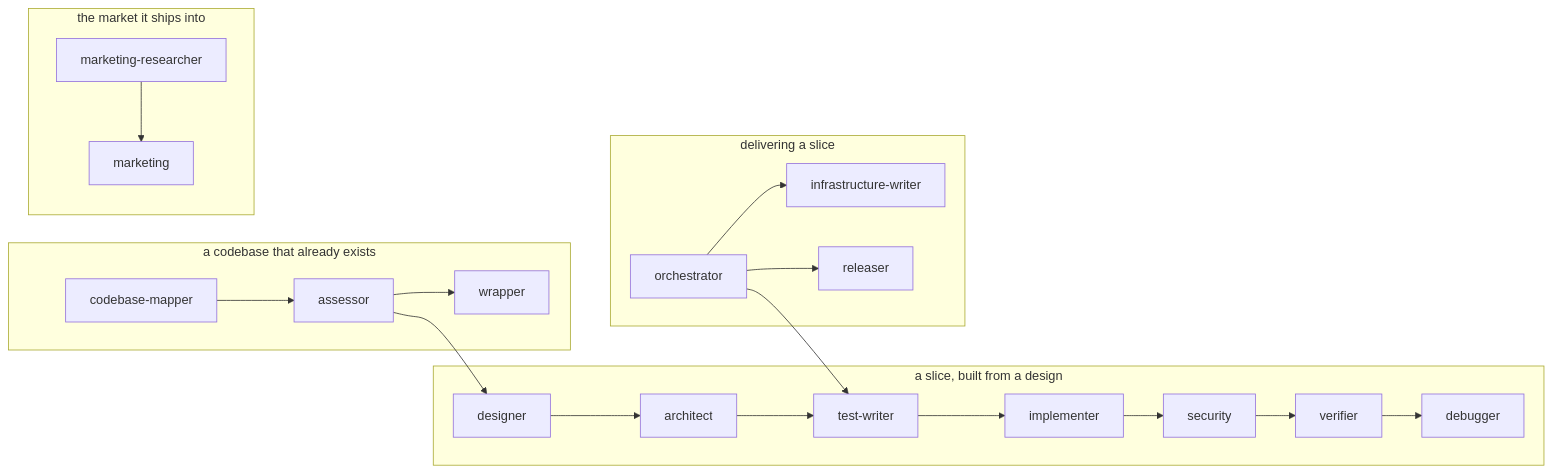
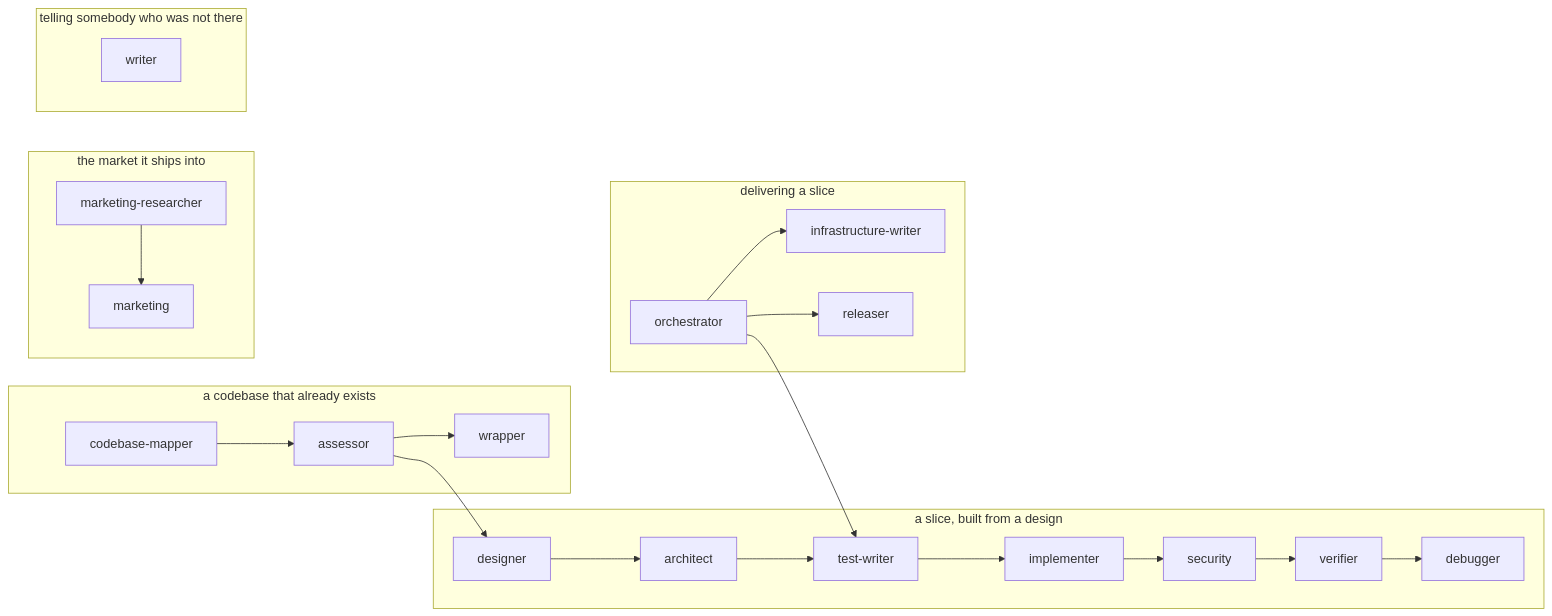
Before and after one commit to atlantic-blue/quay-crew: the third of 3 diagrams in docs/ROLES.md, drawn with Mermaid. The commit also changed other lines of this file and 9 other files, not shown here.

````diff
--- a/docs/ROLES.md
+++ b/docs/ROLES.md
@@ -300,18 +301,21 @@
 ```mermaid
 flowchart LR
     subgraph FRESH["a slice, built from a design"]
         DESIGNER["designer"] --> ARCHITECT["architect"] --> TESTWRITER["test-writer"] --> IMPLEMENTER["implementer"] --> SECURITY["security"] --> VERIFIER["verifier"] --> DEBUGGER["debugger"]
     end
     subgraph EXISTING["a codebase that already exists"]
         MAPPER["codebase-mapper"] --> ASSESSOR["assessor"] --> WRAPPER["wrapper"]
     end
     subgraph MARKET["the market it ships into"]
         RESEARCHER["marketing-researcher"] --> MARKETING["marketing"]
     end
     subgraph DELIVER["delivering a slice"]
         ORCHESTRATOR["orchestrator"] --> INFRA["infrastructure-writer"]
         ORCHESTRATOR --> RELEASER["releaser"]
     end
+    subgraph TELL["telling somebody who was not there"]
+        WRITER["writer"]
+    end
     ASSESSOR --> DESIGNER
     ORCHESTRATOR --> TESTWRITER
 ```
````
